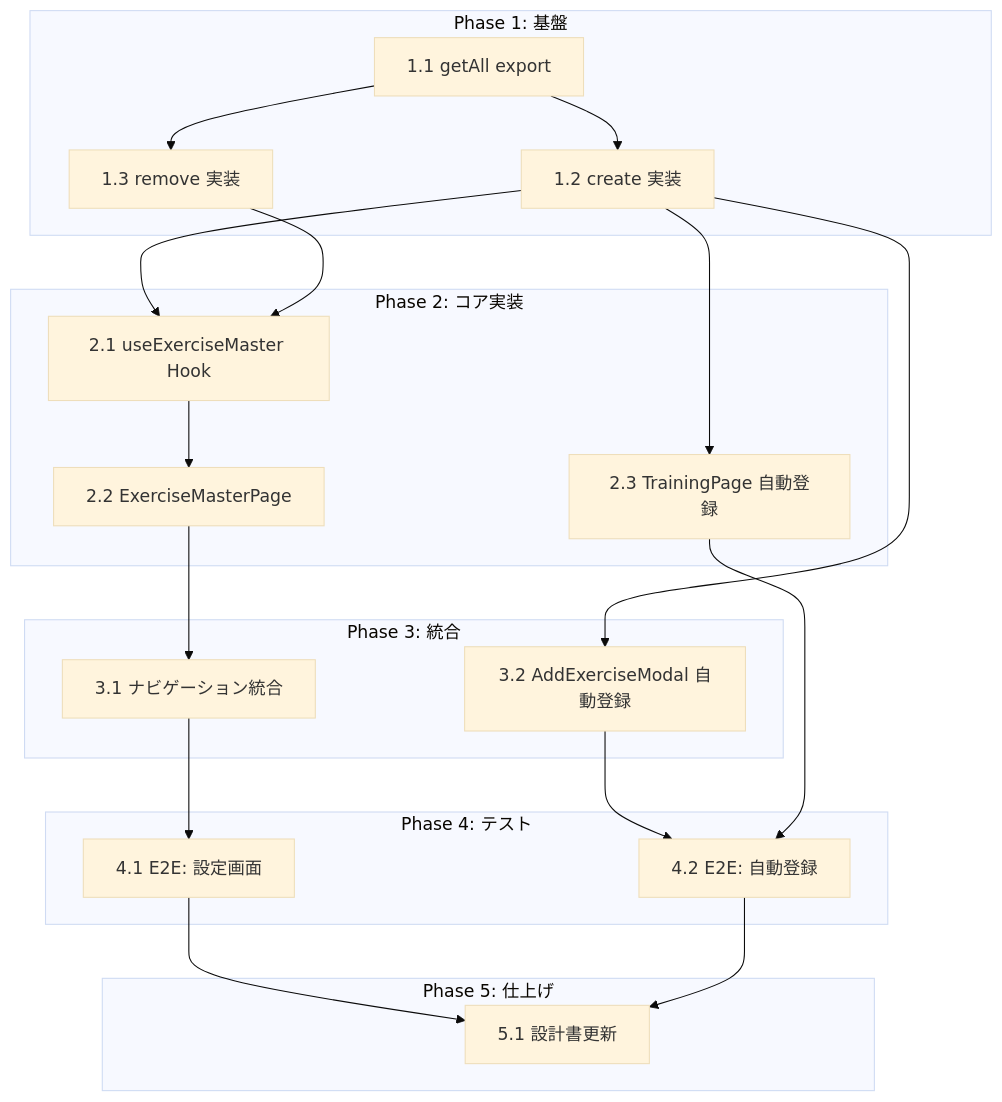
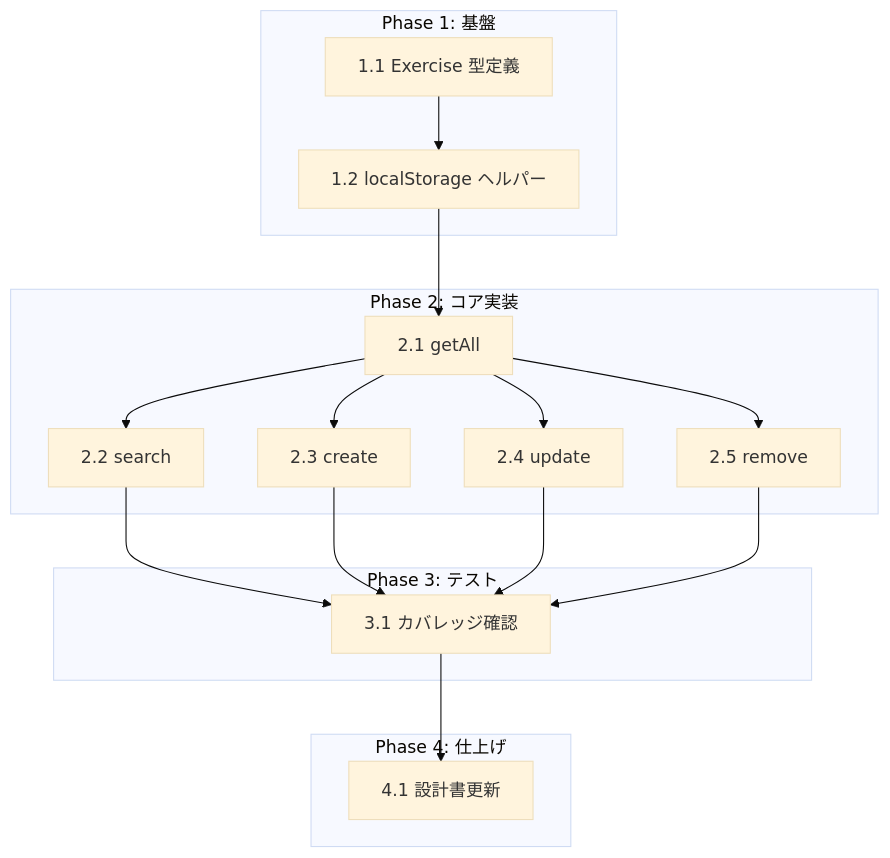
One commit to SakumaTakuya/gymini changed the diagram in .sdd/task/exercise-master/tasks.md. Above: the diagram before and after it, drawn with Mermaid (base theme). The commit also changed other lines of this file and 4 other files, not shown here.

First line of the commit message:
docs(exercise-master): spec/design更新・タスク整理・チェックリスト生成

````diff
--- a/.sdd/task/exercise-master/tasks.md
+++ b/.sdd/task/exercise-master/tasks.md
@@ -67,42 +61,35 @@
 ```mermaid
 graph TD
     subgraph "Phase 1: 基盤"
-        T1_1["1.1 getAll export"]
-        T1_2["1.2 create 実装"]
-        T1_3["1.3 remove 実装"]
+        T1_1["1.1 Exercise 型定義"]
+        T1_2["1.2 localStorage ヘルパー"]
     end
 
     subgraph "Phase 2: コア実装"
-        T2_1["2.1 useExerciseMaster Hook"]
-        T2_2["2.2 ExerciseMasterPage"]
-        T2_3["2.3 TrainingPage 自動登録"]
+        T2_1["2.1 getAll"]
+        T2_2["2.2 search"]
+        T2_3["2.3 create"]
+        T2_4["2.4 update"]
+        T2_5["2.5 remove"]
     end
 
-    subgraph "Phase 3: 統合"
-        T3_1["3.1 ナビゲーション統合"]
-        T3_2["3.2 AddExerciseModal 自動登録"]
+    subgraph "Phase 3: テスト"
+        T3_1["3.1 カバレッジ確認"]
     end
 
-    subgraph "Phase 4: テスト"
-        T4_1["4.1 E2E: 設定画面"]
-        T4_2["4.2 E2E: 自動登録"]
-    end
-
-    subgraph "Phase 5: 仕上げ"
-        T5_1["5.1 設計書更新"]
+    subgraph "Phase 4: 仕上げ"
+        T4_1["4.1 設計書更新"]
     end
 
     T1_1 --> T1_2
-    T1_1 --> T1_3
     T1_2 --> T2_1
-    T1_3 --> T2_1
-    T1_2 --> T2_3
     T2_1 --> T2_2
+    T2_1 --> T2_3
+    T2_1 --> T2_4
+    T2_1 --> T2_5
     T2_2 --> T3_1
-    T1_2 --> T3_2
+    T2_3 --> T3_1
+    T2_4 --> T3_1
+    T2_5 --> T3_1
     T3_1 --> T4_1
-    T3_2 --> T4_2
-    T2_3 --> T4_2
-    T4_1 --> T5_1
-    T4_2 --> T5_1
 ```
````
